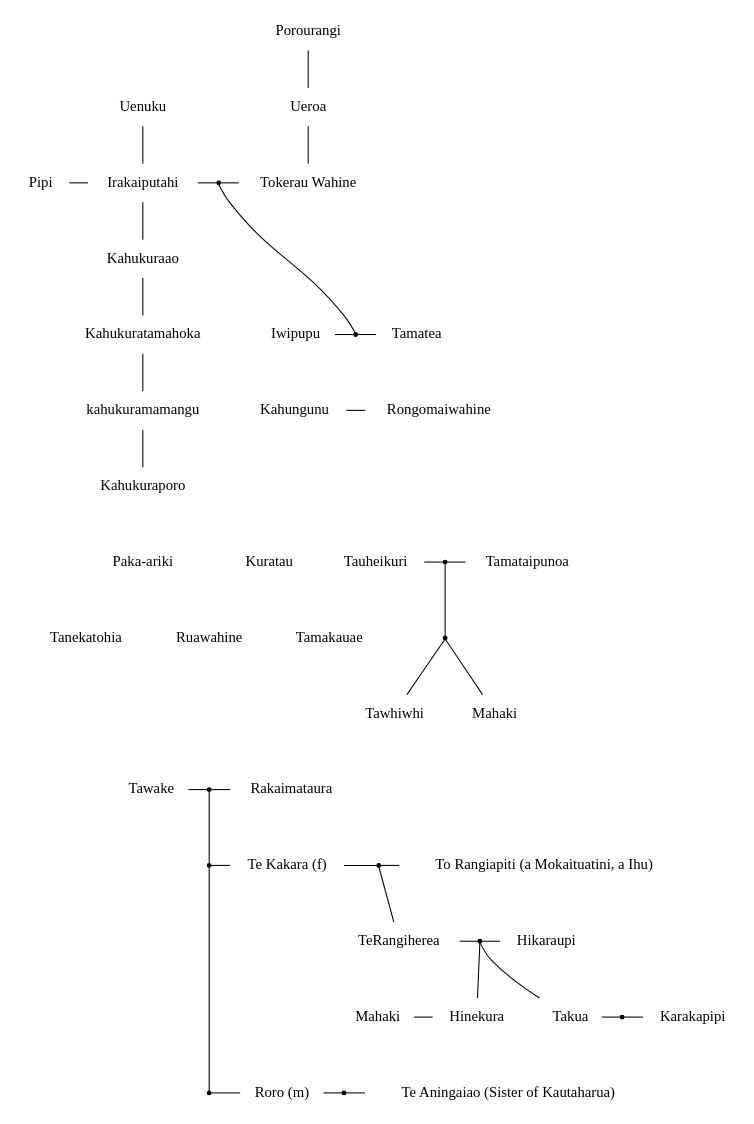
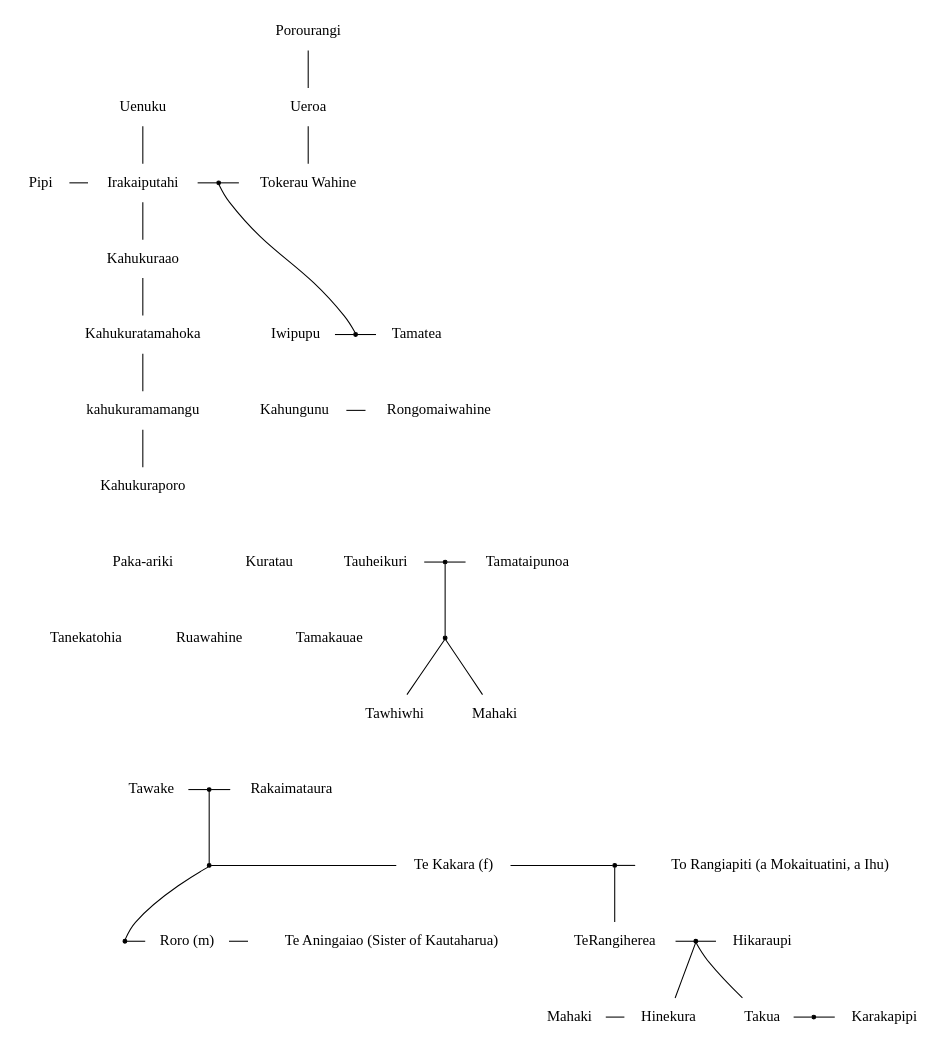
Before and after one commit to namelessmasses/whakapapa: the diagram in Ina te whakapapa hei whakamarama - Diagram 1.dot, drawn with Graphviz.

Commit message:
Ina te whakapapa hei whakamarama - replace empty nodes with minlen edges

```diff
--- a/Ina te whakapapa hei whakamarama - Diagram 1.dot
+++ b/Ina te whakapapa hei whakamarama - Diagram 1.dot
@@ -1,168 +1,159 @@
 graph Ina_te_whakapapa_hei_whakamarama {
     node [shape=none];
 
     Uenuku;
     Irakaiputahi;
     Kahukuraao;
     Kahukuratamahoka;
     kahukuramamangu;
     Kahukuraporo;
 
     Porourangi;
     Ueroa
     TokerauWahine [label="Tokerau Wahine"];
 
     Pipi;
 
     Porourangi -- Ueroa;
     Ueroa -- TokerauWahine;
 
     Uenuku -- Irakaiputahi;
     Irakaiputahi -- Kahukuraao;
     Kahukuraao -- Kahukuratamahoka;
     Kahukuratamahoka -- kahukuramamangu;
     kahukuramamangu -- Kahukuraporo;
 
     Pipi -- Irakaiputahi;
 
     Iwipupu;
     Tamatea;
 
     subgraph cluster_2 {
         style=invis;
         TokerauWahine;
         Iwipupu;
         Irakaiputahi_TokerauWahine [shape=point, label=""];
         Iwipupu_Tamatea [shape=point, label=""];
     }
 
     TokerauWahine -- Iwipupu [style=invis];
 
     subgraph cluster_1 {
         style=invis;
         Kahukuraao;
         Kahukuratamahoka;
     }
 
     Irakaiputahi -- Irakaiputahi_TokerauWahine -- TokerauWahine;
     Iwipupu -- Iwipupu_Tamatea -- Tamatea;
     Irakaiputahi_TokerauWahine -- Iwipupu_Tamatea;
 
     { rank=same; Pipi, Irakaiputahi, Irakaiputahi_TokerauWahine, TokerauWahine };
 
     { rank=same; Kahukuratamahoka, Iwipupu, Iwipupu_Tamatea, Tamatea };
 
     Kahungunu;
     Rongomaiwahine;
 
     { rank=same; kahukuramamangu, Kahungunu, Rongomaiwahine };
 
     Kahungunu -- Rongomaiwahine;
     
     Pakaariki [label="Paka-ariki"];
     Kuratau;
     Pakaariki_Kuratau [shape=point, style=invis];
     Pakaariki -- Pakaariki_Kuratau -- Kuratau [style=invis];
 
     Tauheikuri;
     Tamataipunoa;
     Tauheikuri_Tamataipunoa [shape=point, label=""];
 
     Tauheikuri -- Tauheikuri_Tamataipunoa -- Tamataipunoa;
 
     { rank=same; Pakaariki, Pakaariki_Kuratau, Kuratau, Tauheikuri, Tauheikuri_Tamataipunoa, Tamataipunoa };
 
     Kahukuraporo -- Pakaariki [style=invis];
 
     Tanekatohia;
     Ruawahine;
     Tamakauae;
 
     Tanekatohia -- Ruawahine -- Tamakauae [style=invis];
 
     Pakaariki_Kuratau -- Ruawahine[style=invis];
 
     { rank=same; Tanekatohia, Ruawahine, Tamakauae };
 
     Tauheikuri_Tamataipunoa_Children [shape=point, label=""];
 
     Tauheikuri_Tamataipunoa -- Tauheikuri_Tamataipunoa_Children;
 
     Tawhiwhi;
     Mahaki_0 [label="Mahaki"];
 
     { rank=same; Tawhiwhi, Mahaki_0 };
 
     Tauheikuri_Tamataipunoa_Children -- Tawhiwhi;
     Tauheikuri_Tamataipunoa_Children -- Mahaki_0;
 
     Tawake;
     Rakaimataura;
     Tawake_Rakaimataura [shape=point, label=""];
     Tawake -- Tawake_Rakaimataura -- Rakaimataura;
 
     { rank=same; Tawake, Tawake_Rakaimataura, Rakaimataura };
 
-    empty0 [style=invis];
-
-    Ruawahine -- empty0 -- Tawake_Rakaimataura [style=invis];
+    Ruawahine -- Tawake_Rakaimataura [style=invis,minlen=2];
 
     subgraph cluster_TeKakara {
         TeKakara_Row[shape=point, label=""];
         TeKakara [label="Te Kakara (f)"];
     }
     Tawake_Rakaimataura -- TeKakara_Row;
 
     TeKakara_TeRangiapiti [shape=point, label=""];
     TeRangiapiti [label="To Rangiapiti (a Mokaituatini, a Ihu)"];
 
     { rank=same; TeKakara_Row, TeKakara, TeKakara_TeRangiapiti, TeRangiapiti };
     TeKakara_Row -- TeKakara -- TeKakara_TeRangiapiti -- TeRangiapiti;
     
     TeRangiherea;
-    TeKakara_TeRangiapiti -- TeRangiherea;
+    TeKakara_TeRangiapiti -- TeRangiherea [weight=10];
 
     TeRangiherea_Hikaraupi [shape=point, label=""];
     Hikaraupi;
     { rank=same; TeRangiherea, TeRangiherea_Hikaraupi, Hikaraupi };
     TeRangiherea -- TeRangiherea_Hikaraupi -- Hikaraupi;
 
     Hinekura;
+    TeRangiherea -- Hinekura [style=invis];
     Takua;
+    Hikaraupi -- Takua [style=invis,weight=10];
 
     TeRangiherea_Hikaraupi -- Hinekura;
     TeRangiherea_Hikaraupi -- Takua;
 
     Karakapipi;
     Takua_Karakapipi [shape=point, label=""];
     Takua -- Takua_Karakapipi -- Karakapipi;
 
     Mahaki_1 [label="Mahaki"];
     Mahaki_1 -- Hinekura;
     Hinekura -- Takua [style=invis];
     
     { rank=same; Mahaki_1, Hinekura, Takua, Takua_Karakapipi, Karakapipi };
 
     subgraph cluster_Roro {
         Roro_row [shape=point, label=""];
         Roro [label="Roro (m)"];
     }
 
     TeKakara_Row -- Roro_row;
 
     TeAningaiao [label="Te Aningaiao (Sister of Kautaharua)"];
-    Roro_TeAningaiao [shape=point, label=""];
     Roro_row -- Roro [constraint=false];
-    Roro -- Roro_TeAningaiao -- TeAningaiao;
+    Roro -- TeAningaiao;
 
-    { rank=same; Roro_row, Roro, Roro_TeAningaiao, TeAningaiao };
-
-    empty1 [style=invis];
-    TeKakara -- empty1 [style=invis];
-
-    empty2 [style=invis];
-    empty1 -- empty2 [style=invis];
-
-    empty2 -- Roro [style=invis];
+    { rank=same; Roro_row, Roro, TeAningaiao };
 
 }
```
